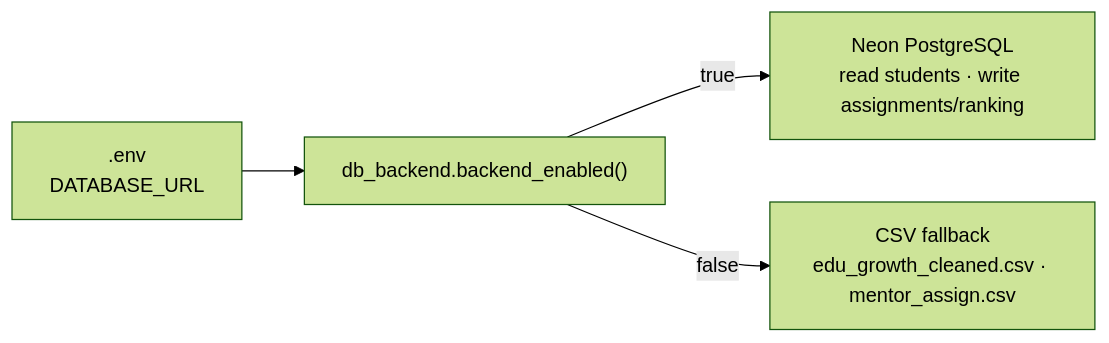
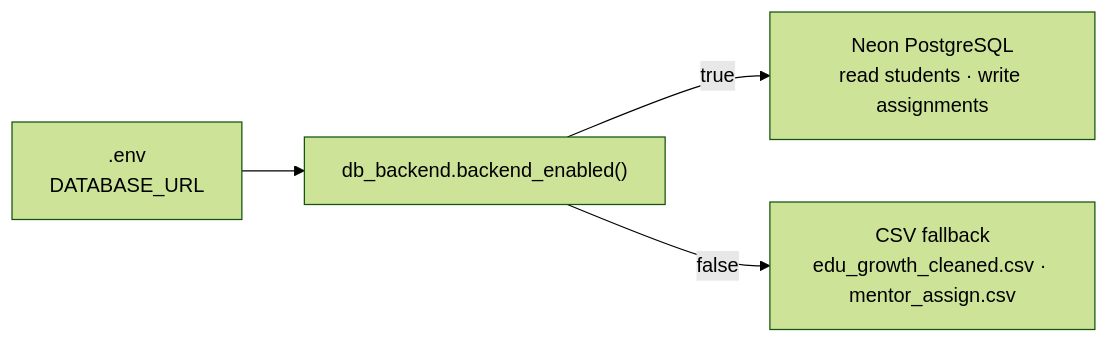
The sixth of 6 diagrams in README.md (cybodexx/edu-growth), drawn with Mermaid (forest theme) before and after one commit. The commit also changed other lines of this file and 11 other files, not shown here.

````diff
--- a/README.md
+++ b/README.md
@@ -313,6 +321,6 @@
 ```mermaid
 flowchart LR
     ENV[".env<br/>DATABASE_URL"] --> BE["db_backend.backend_enabled()"]
-    BE -- true --> NEON["Neon PostgreSQL<br/>read students · write assignments/ranking"]
+    BE -- true --> NEON["Neon PostgreSQL<br/>read students · write assignments"]
     BE -- false --> CSV["CSV fallback<br/>edu_growth_cleaned.csv · mentor_assign.csv"]
 ```
````
